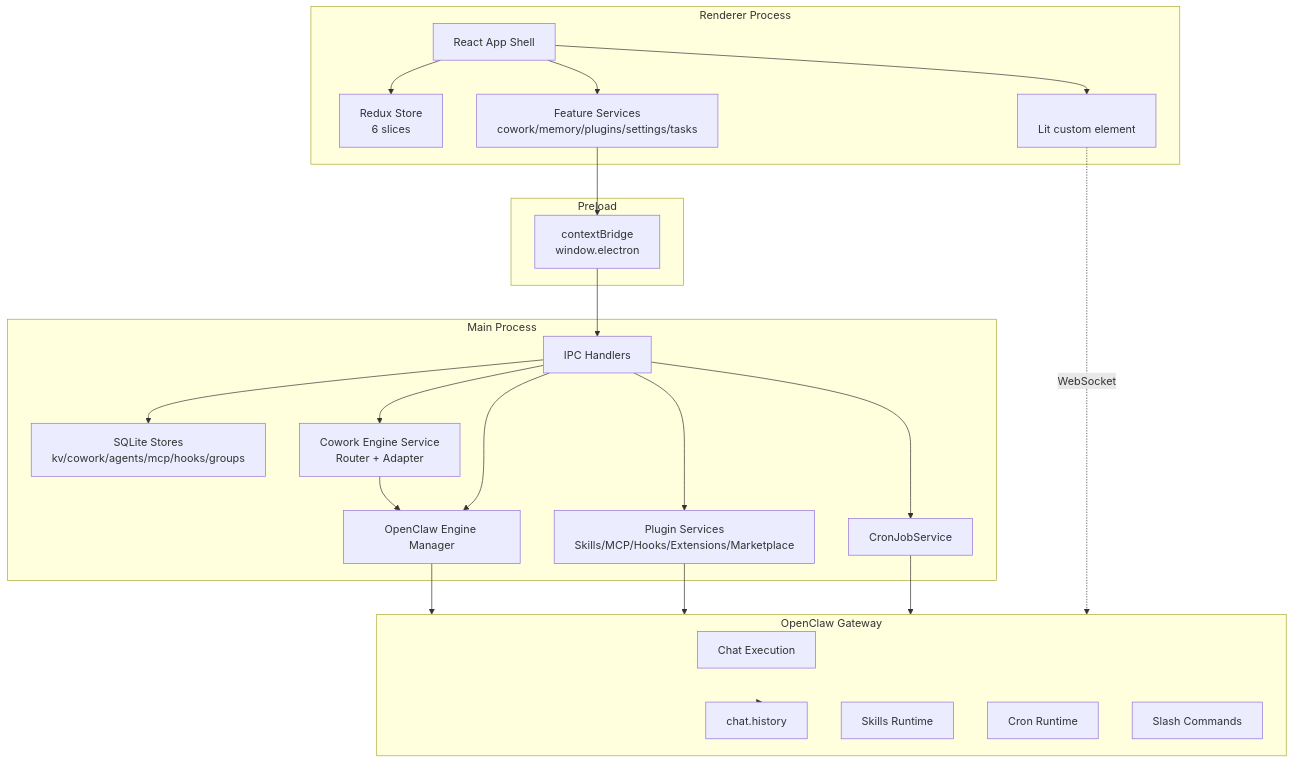
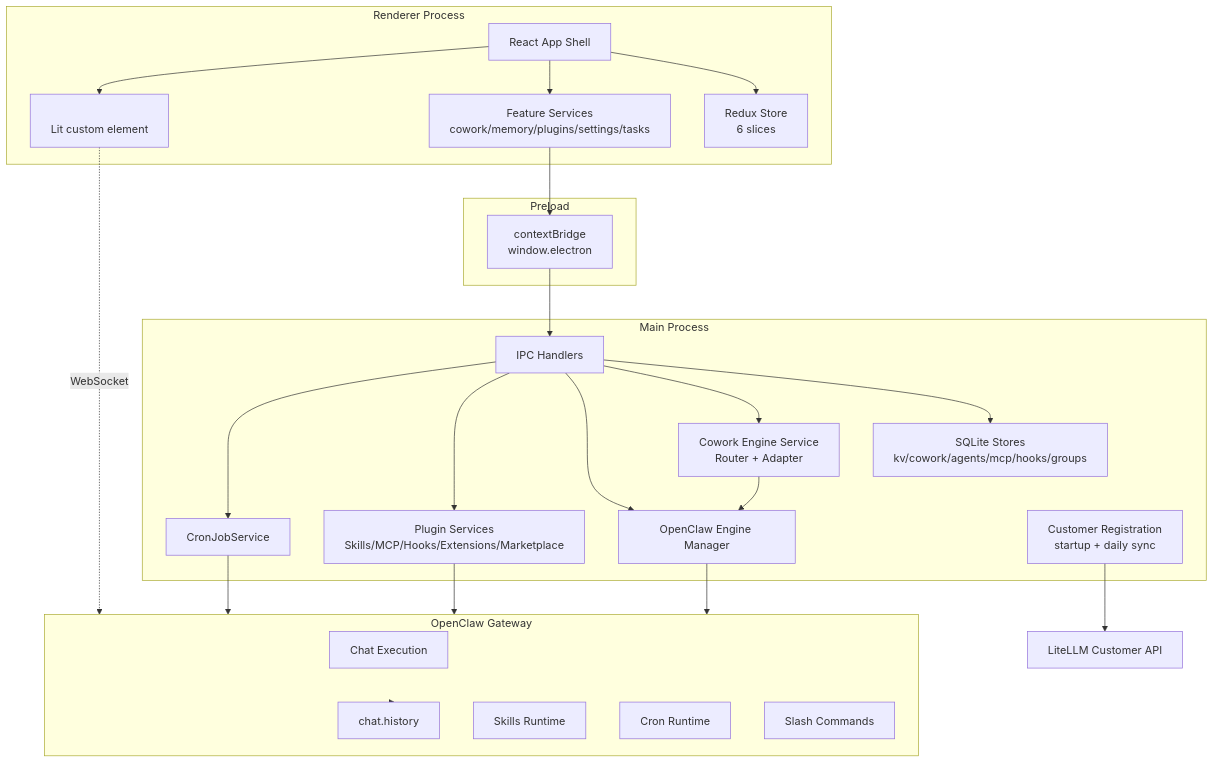
Before and after one commit to liangxhao/JustDo: the first of 5 diagrams in docs/architecture/02-architecture.md, drawn with Mermaid. The commit also changed other lines of this file and 3 other files, not shown here.

Commit message:
feat(electron): sync customer registration info

````diff
--- a/docs/architecture/02-architecture.md
+++ b/docs/architecture/02-architecture.md
@@ -7,47 +7,49 @@
 ```mermaid
 flowchart TB
   subgraph R["Renderer Process"]
     App["React App Shell"]
     Store["Redux Store\n6 slices"]
     Chat["<justdo-chat>\nLit custom element"]
     Features["Feature Services\ncowork/memory/plugins/settings/tasks"]
   end
 
   subgraph P["Preload"]
     Bridge["contextBridge\nwindow.electron"]
   end
 
   subgraph M["Main Process"]
     IPC["IPC Handlers"]
     SQLite["SQLite Stores\nkv/cowork/agents/mcp/hooks/groups"]
     Engine["Cowork Engine Service\nRouter + Adapter"]
     Runtime["OpenClaw Engine Manager"]
     Plugins["Plugin Services\nSkills/MCP/Hooks/Extensions/Marketplace"]
     Scheduler["CronJobService"]
+    CustomerSync["Customer Registration\nstartup + daily sync"]
   end
 
   subgraph G["OpenClaw Gateway"]
     Exec["Chat Execution"]
     History["chat.history"]
     SkillRuntime["Skills Runtime"]
     Cron["Cron Runtime"]
     Slash["Slash Commands"]
   end
 
   App --> Store
   App --> Features
   App --> Chat
   Features --> Bridge
   Bridge --> IPC
   IPC --> SQLite
   IPC --> Engine
   IPC --> Runtime
   IPC --> Plugins
   IPC --> Scheduler
+  CustomerSync --> LiteLLM["LiteLLM Customer API"]
   Engine --> Runtime
   Runtime --> G
   Chat -. "WebSocket" .-> G
   Scheduler --> G
   Plugins --> G
   G --> History
 ```
````
